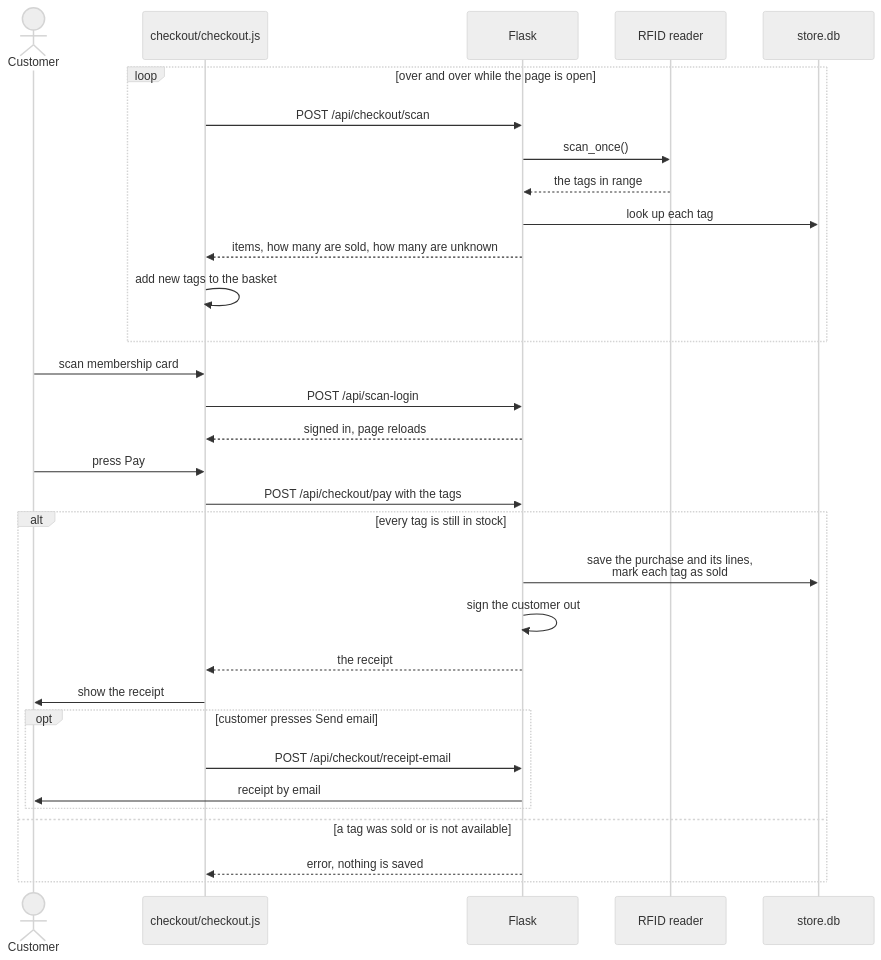
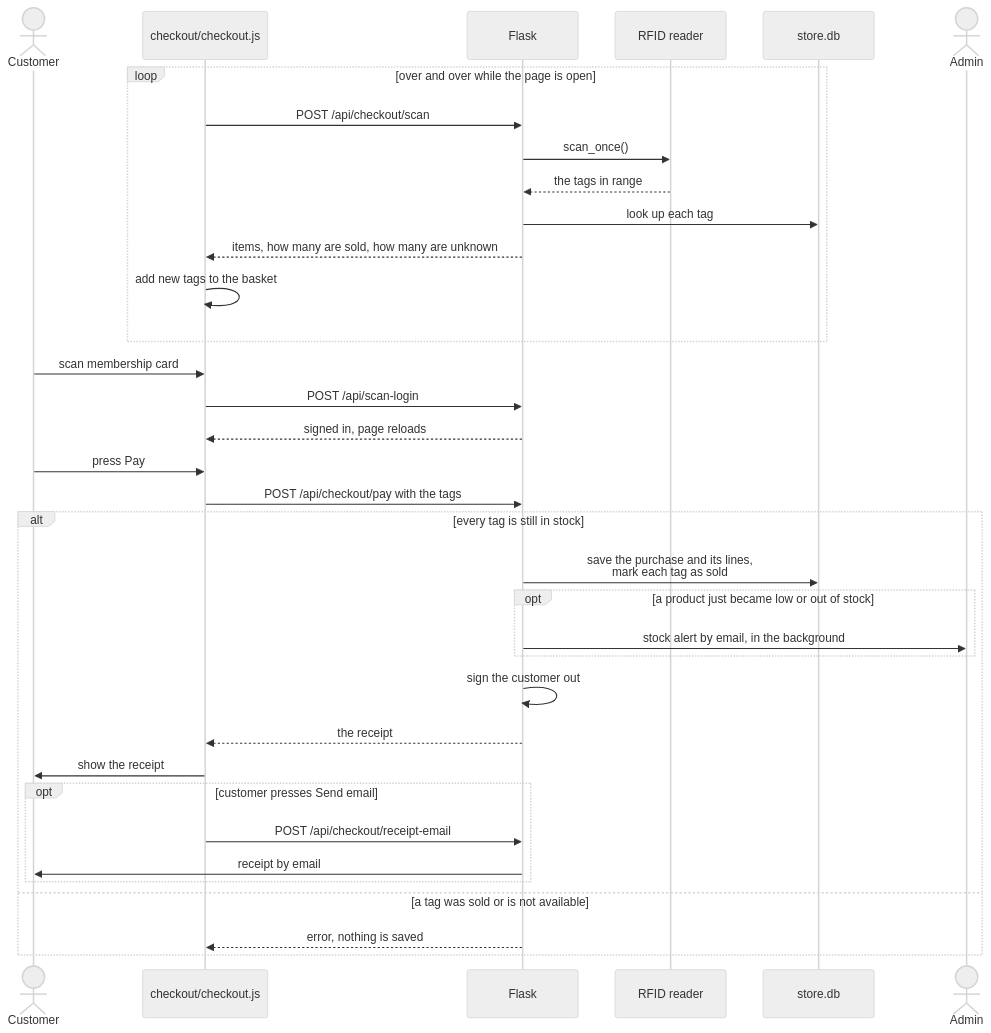
One commit to gvogas/IoT changed the third of 7 diagrams in docs/architecture.md. Above: the diagram before and after it, drawn with Mermaid (neutral theme). The commit also changed other lines of this file and 13 other files, not shown here.

Commit message:
alerts for low stock on items and when restocking

````diff
--- a/docs/architecture.md
+++ b/docs/architecture.md
@@ -106,36 +107,40 @@
 ```mermaid
 sequenceDiagram
     actor C as Customer
     participant JS as checkout/checkout.js
     participant F as Flask
     participant R as RFID reader
     participant DB as store.db
+    actor A as Admin
 
     loop over and over while the page is open
         JS->>F: POST /api/checkout/scan
         F->>R: scan_once()
         R-->>F: the tags in range
         F->>DB: look up each tag
         F-->>JS: items, how many are sold, how many are unknown
         JS->>JS: add new tags to the basket
     end
 
     C->>JS: scan membership card
     JS->>F: POST /api/scan-login
     F-->>JS: signed in, page reloads
 
     C->>JS: press Pay
     JS->>F: POST /api/checkout/pay with the tags
     alt every tag is still in stock
         F->>DB: save the purchase and its lines,<br/>mark each tag as sold
+        opt a product just became low or out of stock
+            F->>A: stock alert by email, in the background
+        end
         F->>F: sign the customer out
         F-->>JS: the receipt
         JS->>C: show the receipt
         opt customer presses Send email
             JS->>F: POST /api/checkout/receipt-email
             F->>C: receipt by email
         end
     else a tag was sold or is not available
         F-->>JS: error, nothing is saved
     end
 ```
````
